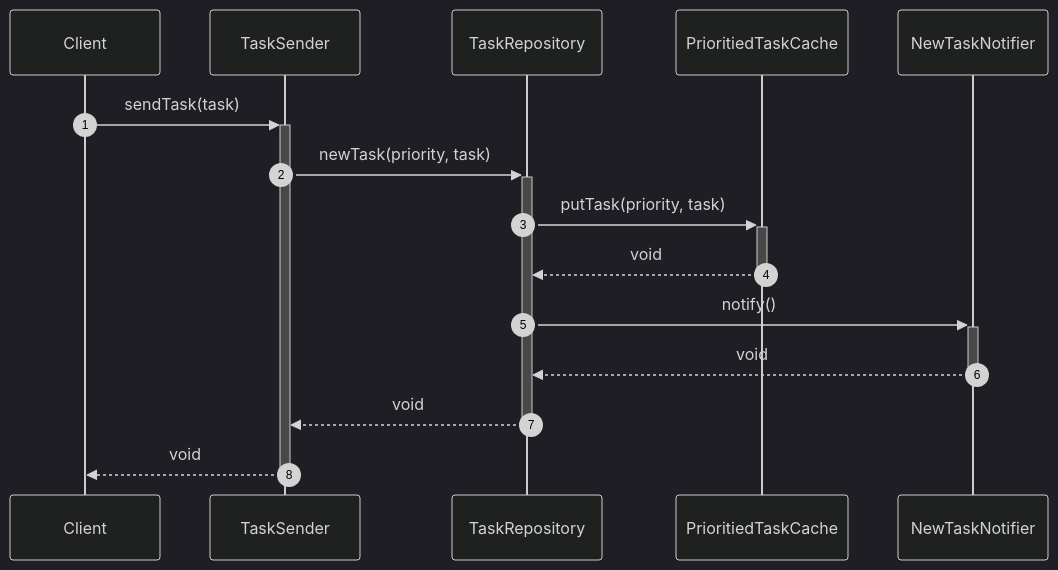
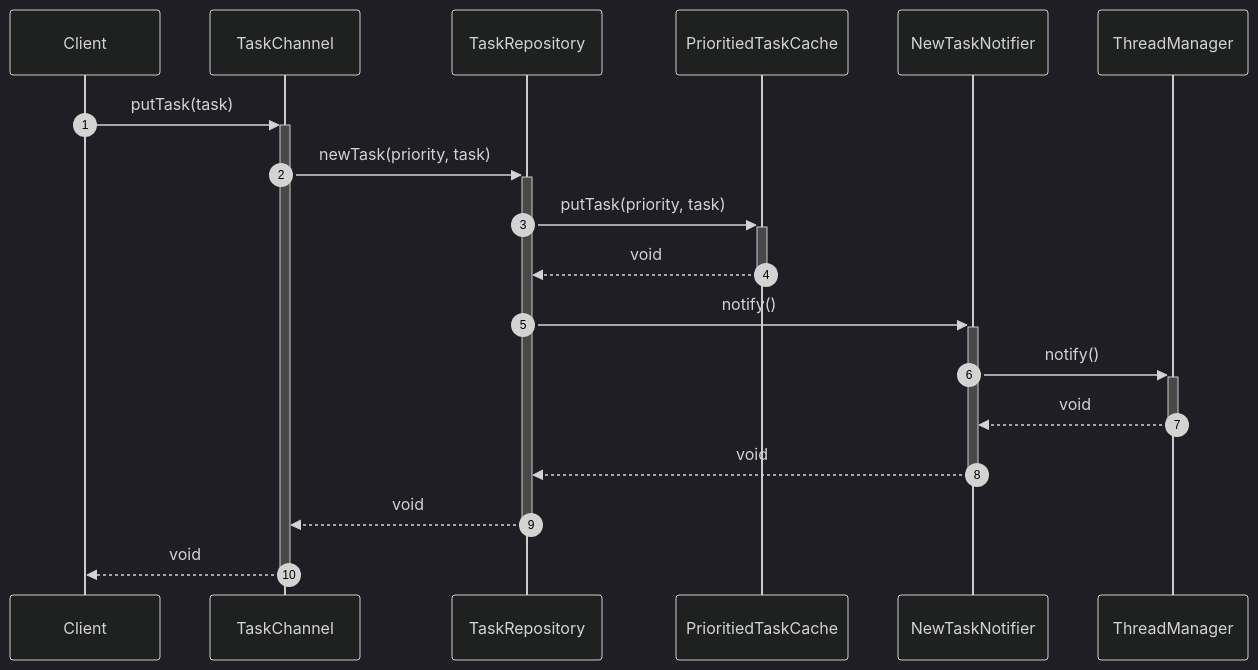
The fourth of 5 diagrams in design/r2/dd/Unified Thread Management.md (Inactionware/uapi.doc), drawn with Mermaid (dark theme) before and after one commit. The commit also changed other lines of this file and 6 other files, not shown here.

````diff
--- a/design/r2/dd/Unified Thread Management.md
+++ b/design/r2/dd/Unified Thread Management.md
@@ -121,13 +131,15 @@
 ```mermaid
 sequenceDiagram
 autonumber
 
-Client->>+TaskSender: sendTask(task)
-TaskSender->>+TaskRepository: newTask(priority, task)
+Client->>+TaskChannel: putTask(task)
+TaskChannel->>+TaskRepository: newTask(priority, task)
 TaskRepository->>+PrioritiedTaskCache: putTask(priority, task)
 PrioritiedTaskCache-->>-TaskRepository: void
 TaskRepository->>+NewTaskNotifier: notify()
+NewTaskNotifier->>+ThreadManager: notify()
+ThreadManager-->>-NewTaskNotifier: void
 NewTaskNotifier-->>-TaskRepository: void
-TaskRepository-->>-TaskSender: void
-TaskSender-->>-Client: void
+TaskRepository-->>-TaskChannel: void
+TaskChannel-->>-Client: void
 ```
````
